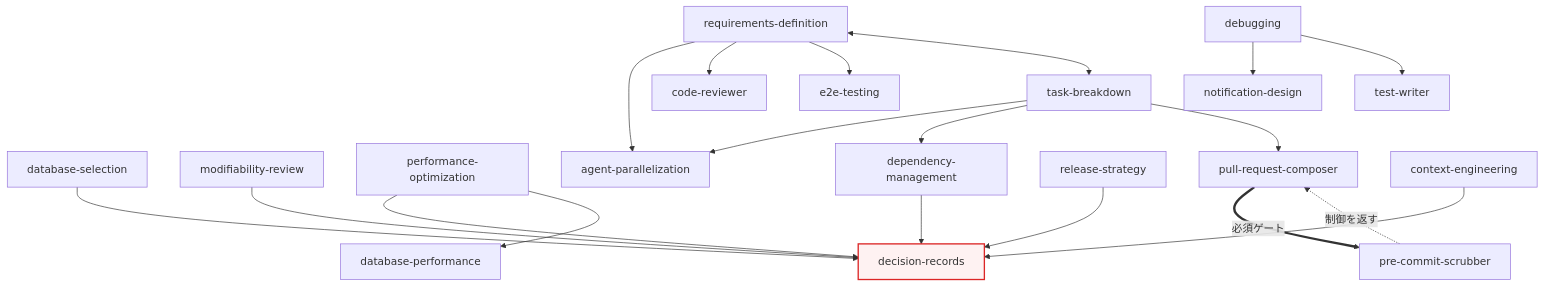
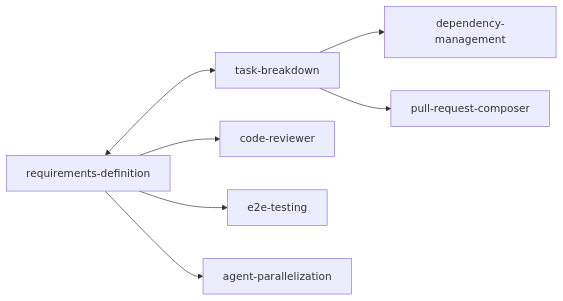
The fourth of 5 diagrams in README.md (leomaro7/skills), drawn with Mermaid before and after one commit. The commit also changed other lines of this file, not shown here.

Commit message:
docs: simplify skill relationship section into three focused diagrams
Replace the single 18-node graph and its classification methodology
with three small diagrams grouped by what the reader actually needs:
the one mandatory gate, the upstream sources, and the decision sink.
The A/B/D/E analysis was about how the graph was derived, not about
how to use the skills, so it is dropped from the README.

Claude-Session: https://claude.ai/code/session_01UPZWEaWtsw2iUvKWrPV61W

````diff
--- a/README.md
+++ b/README.md
@@ -178,43 +179,9 @@
 ```mermaid
-flowchart TB
-    RD["requirements-definition"]
-    TSK["task-breakdown"]
-    DBS["database-selection"]
-    MR["modifiability-review"]
-    PO["performance-optimization"]
-    DBP["database-performance"]
-    DM["dependency-management"]
-    E2E["e2e-testing"]
-    CR["code-reviewer"]
-    PRC["pull-request-composer"]
-    PCS["pre-commit-scrubber"]
-    RS["release-strategy"]
-    ND["notification-design"]
-    DBG["debugging"]
-    DR["decision-records"]
-    AP["agent-parallelization"]
-    CE["context-engineering"]
-    TW["test-writer"]
-
-    PRC == 必須ゲート ==> PCS
-    PCS -. 制御を返す .-> PRC
-    RD --> AP
-    RD --> CR
-    RD --> E2E
-    RD <--> TSK
-    TSK --> AP
-    TSK --> DM
-    TSK --> PRC
-    CE --> DR
-    DBS --> DR
-    MR --> DR
-    PO --> DR
-    RS --> DR
-    DM --> DR
-    PO --> DBP
-    DBG --> ND
-    DBG --> TW
-
-    classDef sink fill:#fef2f2,stroke:#dc2626,stroke-width:2px
-    class DR sink
+flowchart LR
+    RD[requirements-definition] <--> TSK[task-breakdown]
+    RD --> CR[code-reviewer]
+    RD --> E2E[e2e-testing]
+    RD --> AP[agent-parallelization]
+    TSK --> DM[dependency-management]
+    TSK --> PRC[pull-request-composer]
 ```
````
